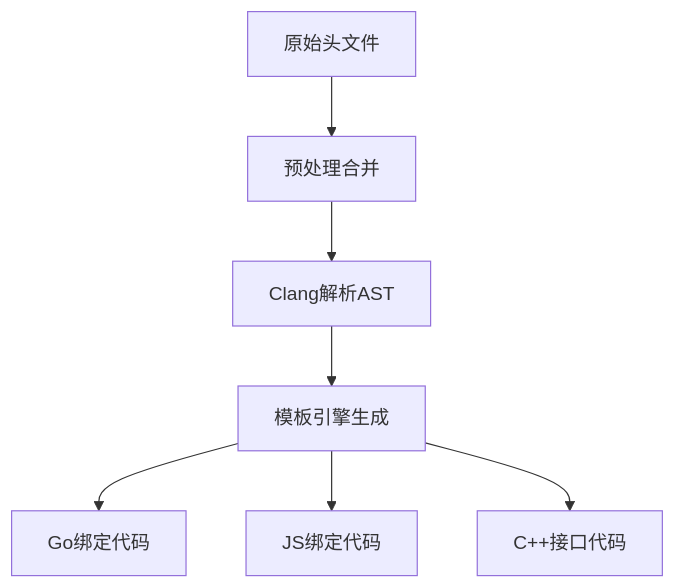
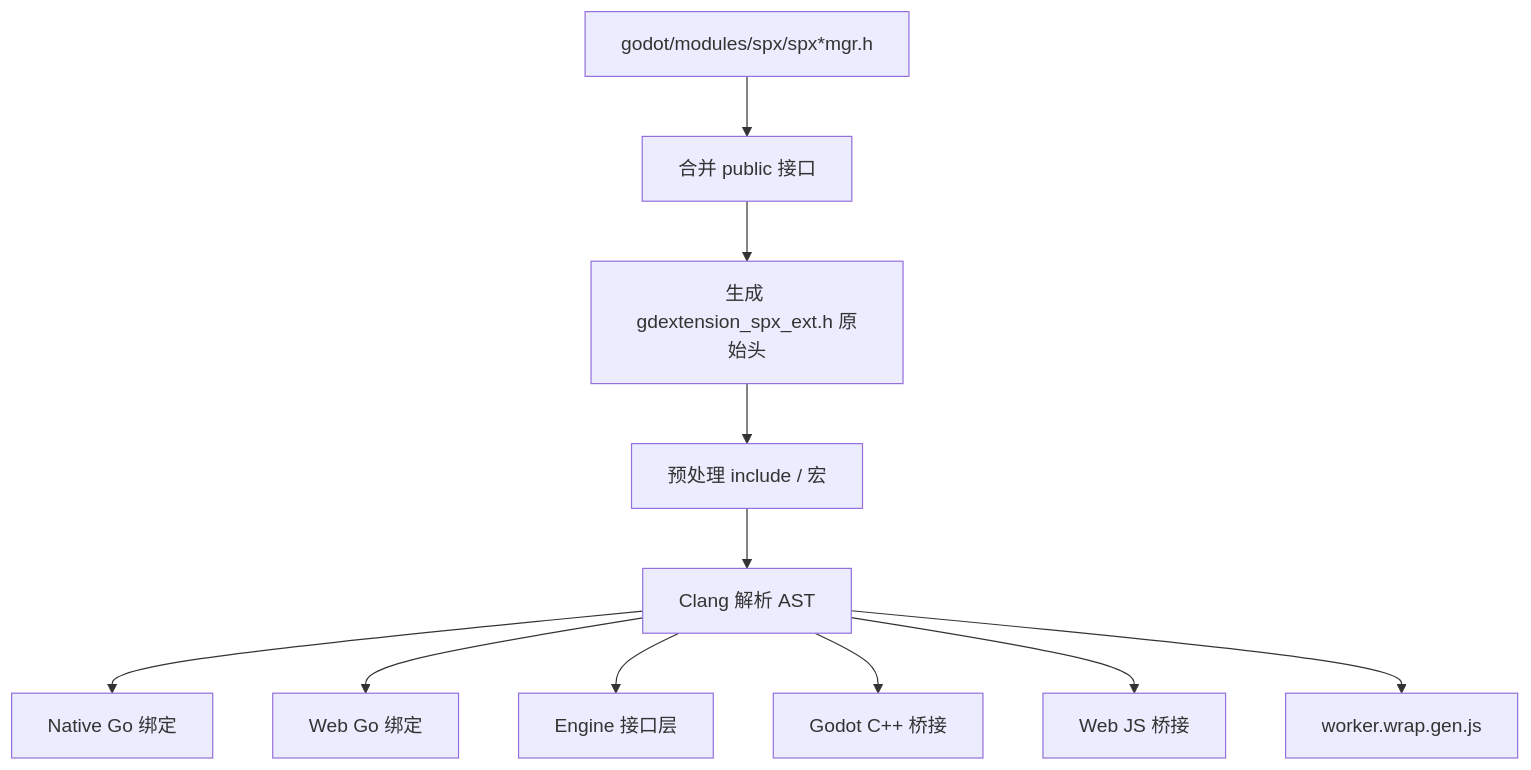
One commit to goplus/spx changed the diagram in docs/zh/dev/engine/code_generator.md. Above: the diagram before and after it, drawn with Mermaid. The commit also changed other lines of this file and 2 other files, not shown here.

````diff
--- a/docs/zh/dev/engine/code_generator.md
+++ b/docs/zh/dev/engine/code_generator.md
@@ -6,9 +43,13 @@
 ```mermaid
 graph TD
-    A[原始头文件] --> B[预处理合并]
-    B --> C[Clang解析AST]
-    C --> D[模板引擎生成]
-    D --> E[Go绑定代码]
-    D --> F[JS绑定代码]
-    D --> G[C++接口代码]
+    A[godot/modules/spx/spx*mgr.h] --> B[合并 public 接口]
+    B --> C[生成 gdextension_spx_ext.h 原始头]
+    C --> D[预处理 include / 宏]
+    D --> E[Clang 解析 AST]
+    E --> F[Native Go 绑定]
+    E --> G[Web Go 绑定]
+    E --> H[Engine 接口层]
+    E --> I[Godot C++ 桥接]
+    E --> J[Web JS 桥接]
+    E --> K[worker.wrap.gen.js]
 ```
````
